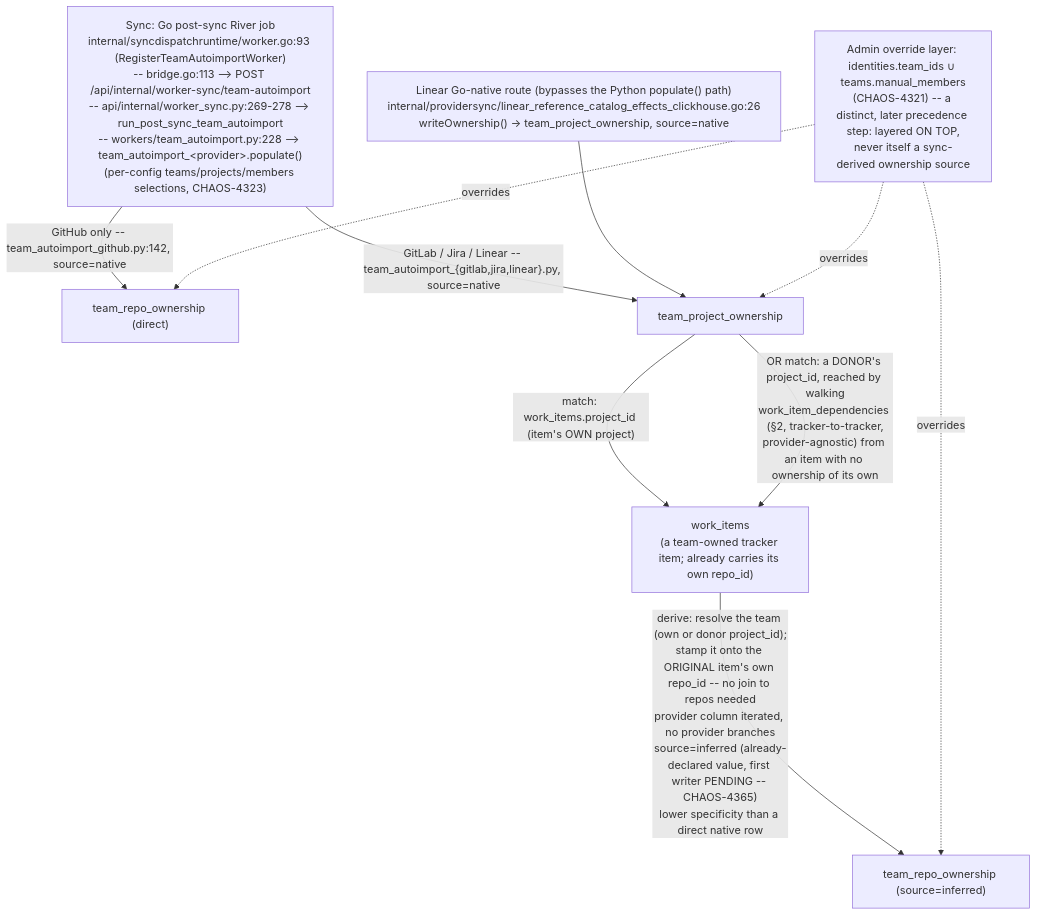
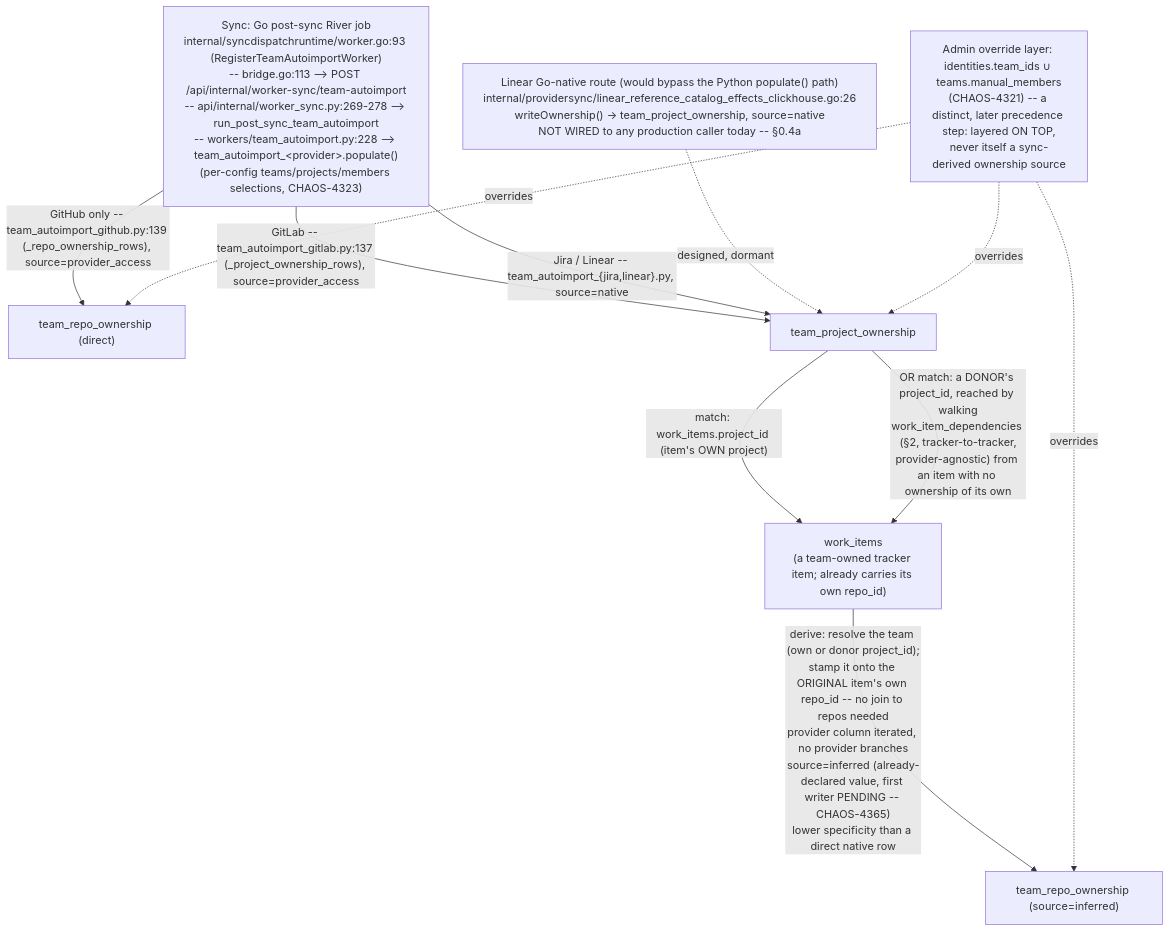
One commit to full-chaos/dev-health-ops changed the third of 7 diagrams in docs/contribute/architecture/team-attribution.md. Above: the diagram before and after it, drawn with Mermaid. The commit also changed other lines of this file and 1 other file, not shown here.

````diff
--- a/docs/contribute/architecture/team-attribution.md
+++ b/docs/contribute/architecture/team-attribution.md
@@ -879,17 +882,18 @@
 ```mermaid
 flowchart TD
     SYNC["Sync: Go post-sync River job<br/>internal/syncdispatchruntime/worker.go:93 (RegisterTeamAutoimportWorker)<br/>-- bridge.go:113 --&gt; POST /api/internal/worker-sync/team-autoimport<br/>-- api/internal/worker_sync.py:269-278 --&gt; run_post_sync_team_autoimport<br/>-- workers/team_autoimport.py:228 --&gt; team_autoimport_&lt;provider&gt;.populate()<br/>(per-config teams/projects/members selections, CHAOS-4323)"]
-    SYNC -->|"GitHub only -- team_autoimport_github.py:142, source=native"| TRO_direct["team_repo_ownership (direct)"]
-    SYNC -->|"GitLab / Jira / Linear -- team_autoimport_{gitlab,jira,linear}.py, source=native"| TPO["team_project_ownership"]
-    LGN["Linear Go-native route (bypasses the Python populate() path)<br/>internal/providersync/linear_reference_catalog_effects_clickhouse.go:26<br/>writeOwnership() -&gt; team_project_ownership, source=native"] --> TPO
+    SYNC -->|"GitHub only -- team_autoimport_github.py:139 (_repo_ownership_rows), source=provider_access"| TRO_direct["team_repo_ownership (direct)"]
+    SYNC -->|"GitLab -- team_autoimport_gitlab.py:137 (_project_ownership_rows), source=provider_access"| TPO["team_project_ownership"]
+    SYNC -->|"Jira / Linear -- team_autoimport_{jira,linear}.py, source=native"| TPO
+    LGN["Linear Go-native route (would bypass the Python populate() path)<br/>internal/providersync/linear_reference_catalog_effects_clickhouse.go:26<br/>writeOwnership() -&gt; team_project_ownership, source=native<br/>NOT WIRED to any production caller today -- §0.4a"] -. designed, dormant .-> TPO
 
     TPO -->|"match: work_items.project_id (item's OWN project)"| WI["work_items<br/>(a team-owned tracker item; already carries its own repo_id)"]
     TPO -->|"OR match: a DONOR's project_id, reached by walking<br/>work_item_dependencies (§2, tracker-to-tracker,<br/>provider-agnostic) from an item with no ownership of its own"| WI
 
     WI -->|"derive: resolve the team (own or donor project_id);<br/>stamp it onto the ORIGINAL item's own repo_id -- no join to repos needed<br/>provider column iterated, no provider branches<br/>source=inferred (already-declared value, first writer PENDING -- CHAOS-4365)<br/>lower specificity than a direct native row"| TRO_derived["team_repo_ownership (source=inferred)"]
 
     ADMIN["Admin override layer: identities.team_ids ∪ teams.manual_members<br/>(CHAOS-4321) -- a distinct, later precedence step: layered ON TOP,<br/>never itself a sync-derived ownership source"]
     ADMIN -. overrides .-> TPO
     ADMIN -. overrides .-> TRO_direct
     ADMIN -. overrides .-> TRO_derived
 ```
````
